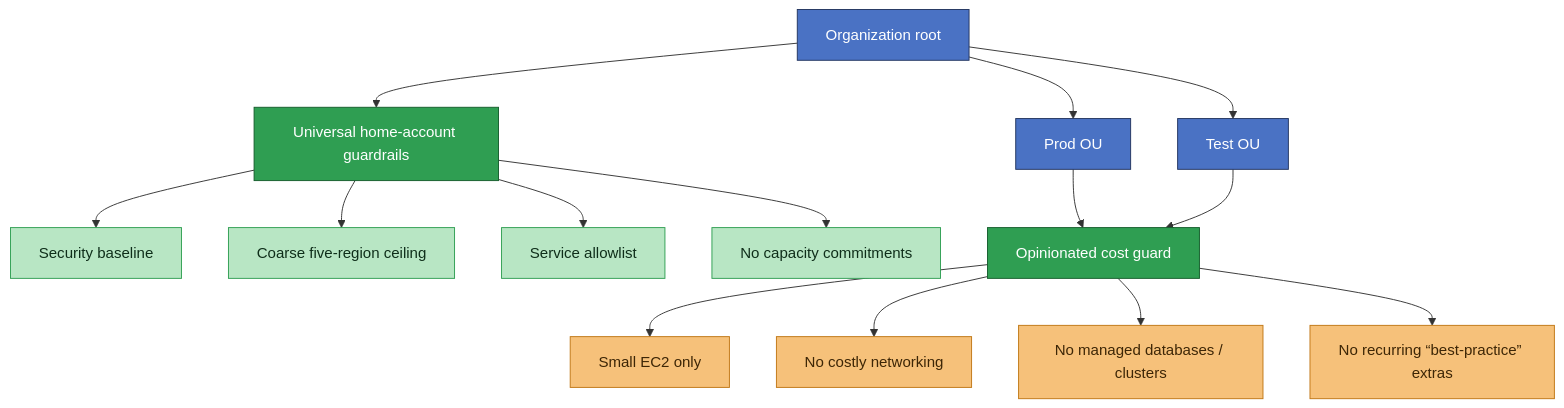
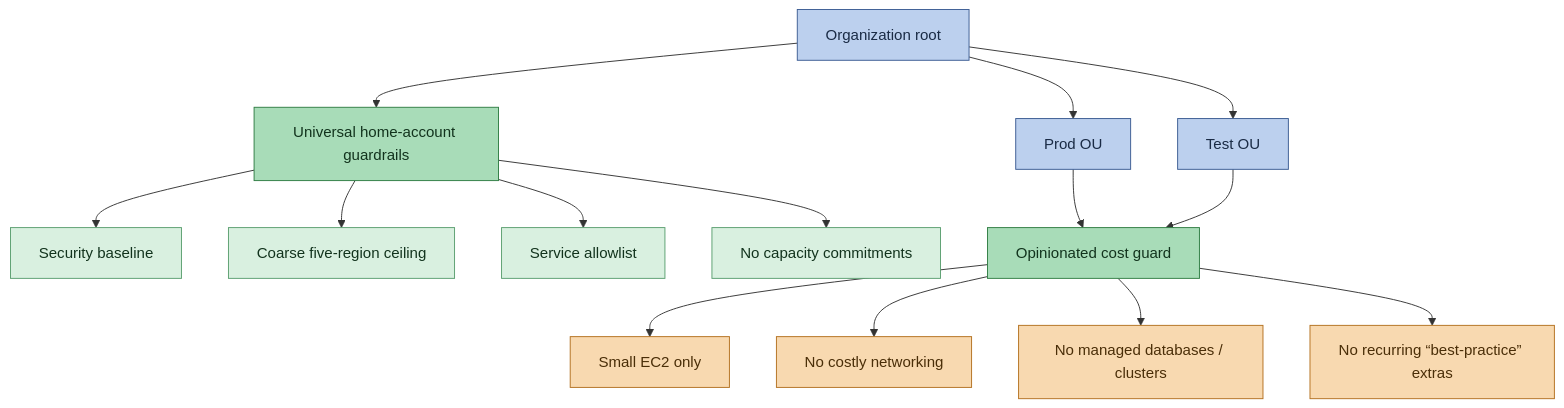
Before and after one commit to realcloudnative/personal-aws-guardrails: the second of 2 diagrams in README.md, drawn with Mermaid.

Commit message:
Use moderate diagram fill colors

````diff
--- a/README.md
+++ b/README.md
@@ -143,32 +143,32 @@
 ```mermaid
 flowchart TD
     Root[Organization root]
     Prod[Prod OU]
     Test[Test OU]
 
     Root --> Universal[Universal home-account guardrails]
     Universal --> U1[Security baseline]
     Universal --> U2[Coarse five-region ceiling]
     Universal --> U3[Service allowlist]
     Universal --> U4[No capacity commitments]
 
     Root --> Prod
     Root --> Test
     Prod --> Opinionated[Opinionated cost guard]
     Test --> Opinionated
 
     Opinionated --> O1[Small EC2 only]
     Opinionated --> O2[No costly networking]
     Opinionated --> O3[No managed databases / clusters]
     Opinionated --> O4[No recurring “best-practice” extras]
 
-    classDef structure fill:#4a72c4,stroke:#22345f,color:#ffffff;
-    classDef policy fill:#2f9e52,stroke:#155d2c,color:#ffffff;
-    classDef universalItem fill:#b8e6c4,stroke:#2f9e52,color:#0f2e1a;
-    classDef opinionatedItem fill:#f6c17a,stroke:#c07715,color:#3d2606;
+    classDef structure fill:#bcd0ee,stroke:#3b5b92,color:#1a2b45;
+    classDef policy fill:#a8dcb8,stroke:#2f7d43,color:#12331d;
+    classDef universalItem fill:#d9f0e0,stroke:#5a9e6f,color:#12331d;
+    classDef opinionatedItem fill:#f8d9b0,stroke:#b3701f,color:#4a2e08;
 
     class Root,Prod,Test structure;
     class Universal,Opinionated policy;
     class U1,U2,U3,U4 universalItem;
     class O1,O2,O3,O4 opinionatedItem;
 ```
````
